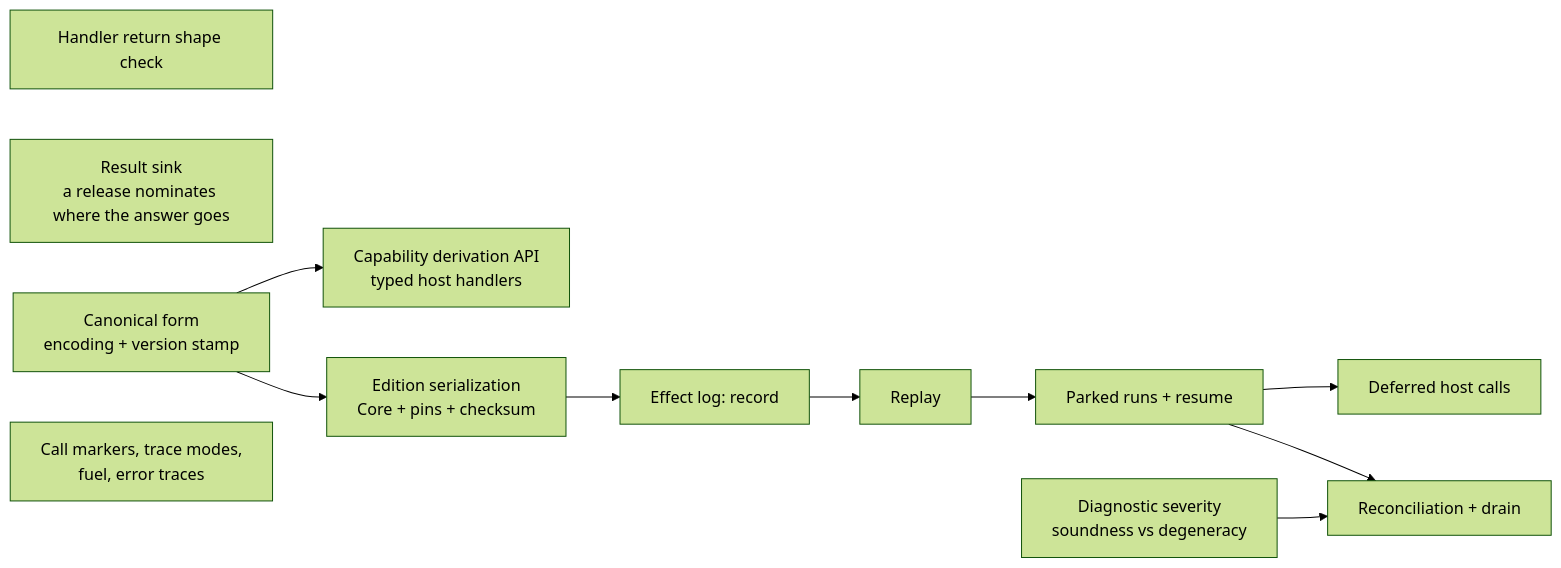
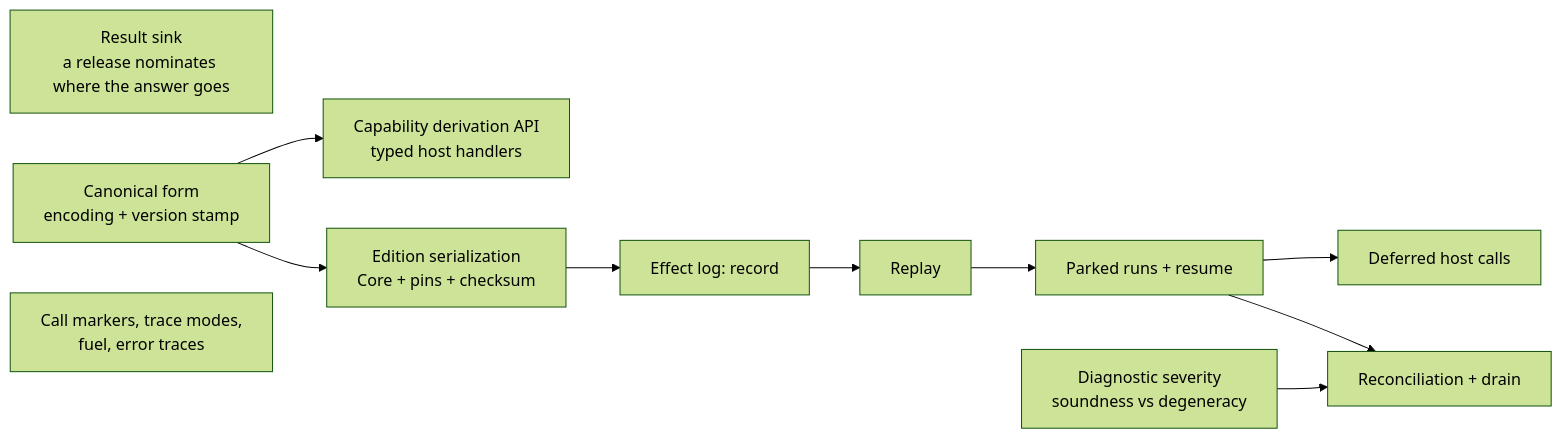
Before and after one commit to txsmith/klein: the diagram in docs/host-integration-roadmap.md, drawn with Mermaid (forest theme). The commit also changed other lines of this file and 7 other files, not shown here.

````diff
--- a/docs/host-integration-roadmap.md
+++ b/docs/host-integration-roadmap.md
@@ -35,26 +34,25 @@
 ```mermaid
 graph LR
-    SHAPE["Handler return shape check"]
     SINK["Result sink<br/>a release nominates where the answer goes"]
     DERIVE["Capability derivation API<br/>typed host handlers"]
 
     CANON["Canonical form<br/>encoding + version stamp"]
     ED["Edition serialization<br/>Core + pins + checksum"]
     LOGREC["Effect log: record"]
     REPLAY["Replay"]
     PARK["Parked runs + resume"]
     DEFER["Deferred host calls"]
     SEV["Diagnostic severity<br/>soundness vs degeneracy"]
     RECON["Reconciliation + drain"]
 
     TRACE["Call markers, trace modes,<br/>fuel, error traces"]
 
     CANON --> ED
     CANON --> DERIVE
     ED --> LOGREC
     LOGREC --> REPLAY
     REPLAY --> PARK
     PARK --> DEFER
     PARK --> RECON
     SEV --> RECON
 ```
````
